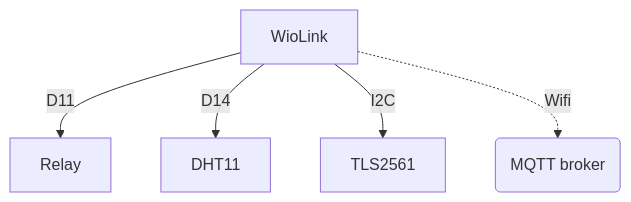
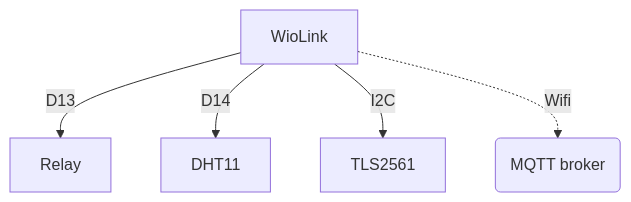
The diagram in README.md (diegoquesada/WioGreenhouse), drawn with Mermaid before and after one commit. The commit also changed 8 other files, not shown here.

````diff
--- a/README.md
+++ b/README.md
@@ -12,7 +12,7 @@
 ```mermaid
 graph TD;
-   A[WioLink] --> |D11| B[Relay]
+   A[WioLink] --> |D13| B[Relay]
    A --> |D14| C[DHT11]
    A --> |I2C| D[TLS2561]
    A -.-> |Wifi| E(MQTT broker)
 ```
````
